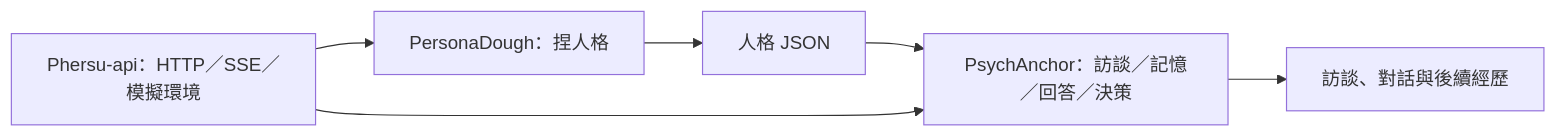
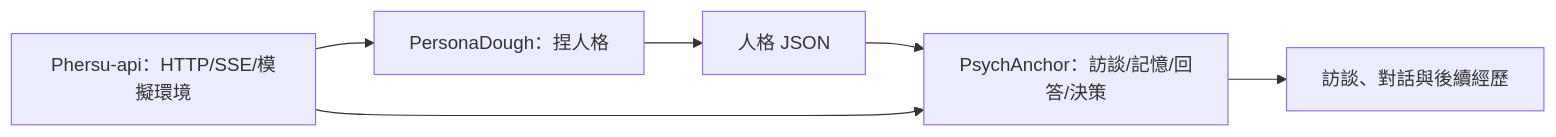
Before and after one commit to llm-psychology/Phersu: the diagram in README.md, drawn with Mermaid. The commit also changed other lines of this file and 6 other files, not shown here.

Commit message:
feat: add Git submodules for PersonaDough, PsychAnchor, and Phersu-api; update documentation and tests

````diff
--- a/README.md
+++ b/README.md
@@ -12,8 +13,8 @@
 ```mermaid
 flowchart LR
     PD[PersonaDough：捏人格] --> JSON[人格 JSON]
-    JSON --> PA[PsychAnchor：訪談／記憶／回答／決策]
-    API[Phersu-api：HTTP／SSE／模擬環境] --> PD
+    JSON --> PA[PsychAnchor：訪談/記憶/回答/決策]
+    API[Phersu-api：HTTP/SSE/模擬環境] --> PD
     API --> PA
     PA --> MEM[訪談、對話與後續經歷]
 ```
````
